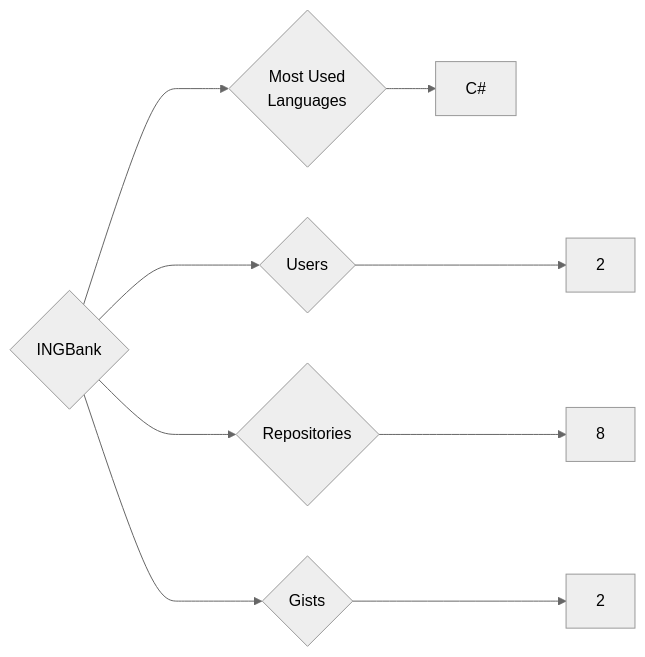
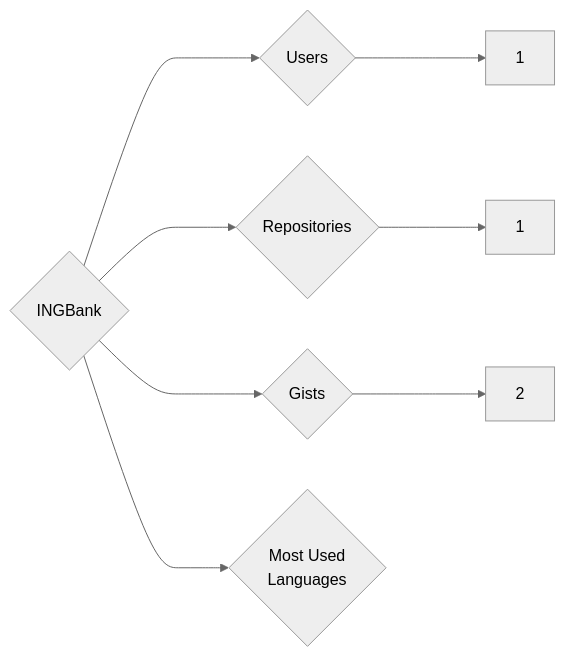
One commit to trickest/insiders changed the diagram in targets/INGBank/README.md. Above: the diagram before and after it, drawn with Mermaid (neutral theme). The commit also changed 1092 other files, not shown here.

````diff
--- a/targets/INGBank/README.md
+++ b/targets/INGBank/README.md
@@ -3,9 +3,8 @@
 ```mermaid
 graph LR
 COMPANY_NAME{INGBank}
-COMPANY_NAME ---> U{Users} ---> UN[2]
-COMPANY_NAME ---> R{Repositories} ---> RN[8]
+COMPANY_NAME ---> U{Users} ---> UN[1]
+COMPANY_NAME ---> R{Repositories} ---> RN[1]
 COMPANY_NAME ---> G{Gists} ---> GN[2]
 COMPANY_NAME ---> ML{Most Used<br>Languages}
-ML --> C#[C#]
 ```
````
